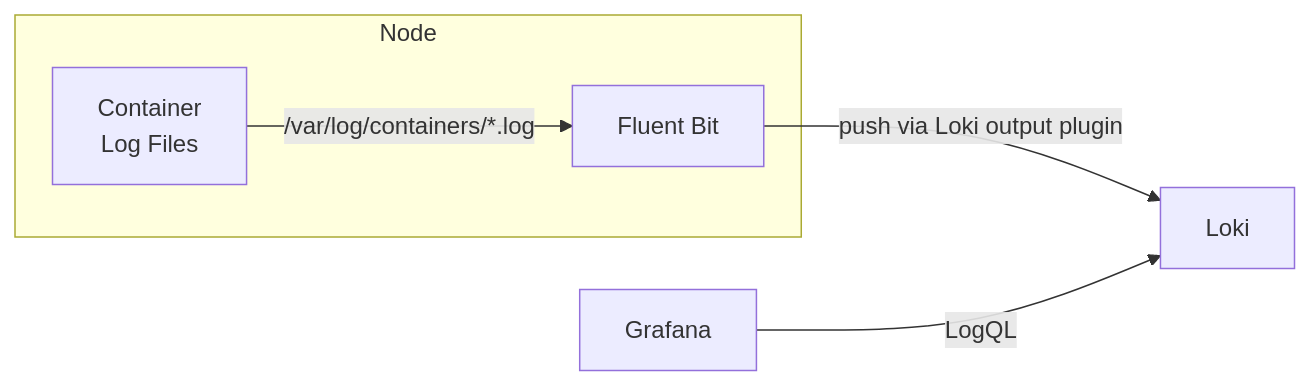
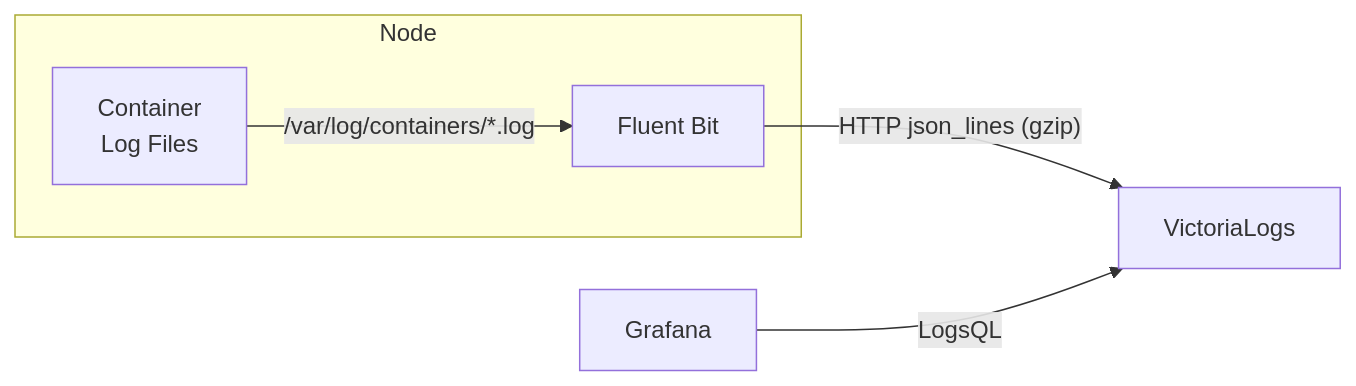
One commit to swibrow/home-ops changed the first of 2 diagrams in docs/monitoring/fluent-bit.md. Above: the diagram before and after it, drawn with Mermaid. The commit also changed other lines of this file and 105 other files, not shown here.

````diff
--- a/docs/monitoring/fluent-bit.md
+++ b/docs/monitoring/fluent-bit.md
@@ -11,14 +11,14 @@
 ```mermaid
 flowchart LR
     subgraph Node
         Containers[Container\nLog Files]
         FB[Fluent Bit]
     end
 
-    Loki[Loki]
+    VL[VictoriaLogs]
     Grafana[Grafana]
 
     Containers -->|"/var/log/containers/*.log"| FB
-    FB -->|push via Loki output plugin| Loki
-    Grafana -->|LogQL| Loki
+    FB -->|"HTTP json_lines (gzip)"| VL
+    Grafana -->|LogsQL| VL
 ```
````
